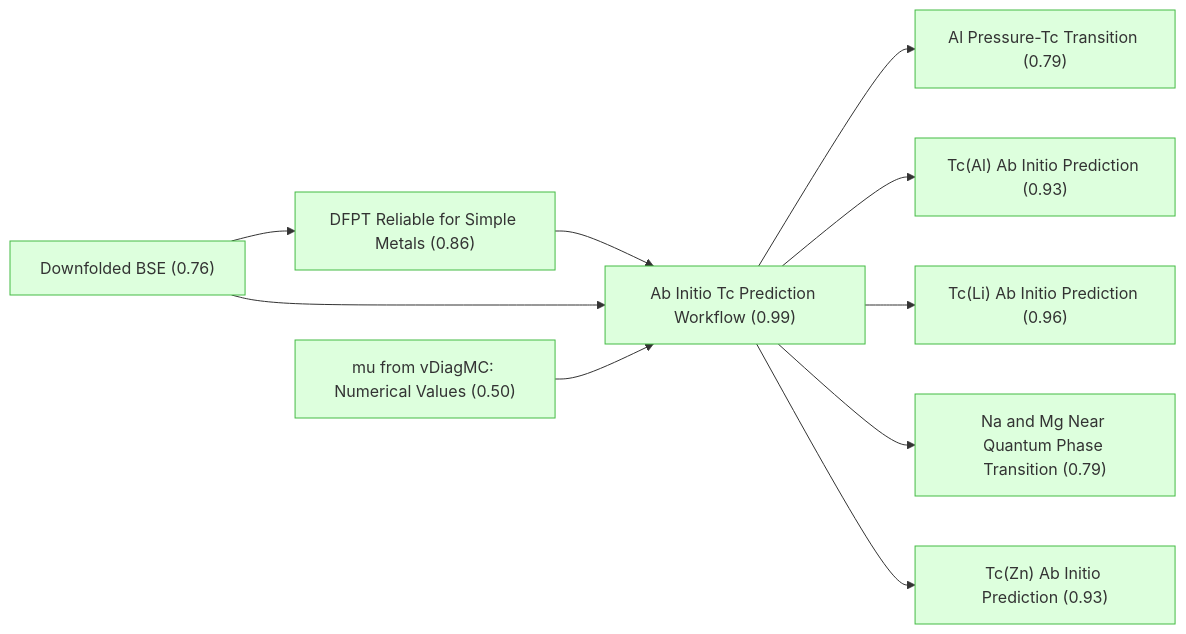
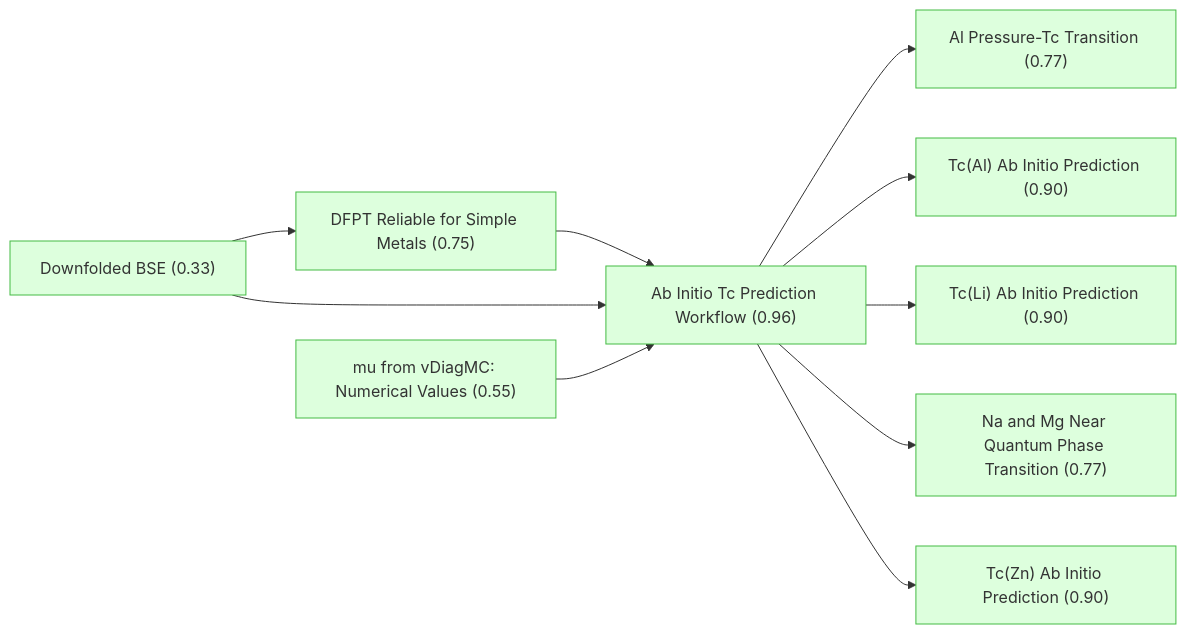
The first of 6 diagrams in docs/detailed-reasoning.md (kunyuan/SuperconductivityElectronLiquids.gaia), drawn with Mermaid before and after one commit. The commit also changed other lines of this file and 24 other files, not shown here.

````diff
--- a/docs/detailed-reasoning.md
+++ b/docs/detailed-reasoning.md
@@ -7,31 +7,31 @@
 ```mermaid
 graph LR
-    downfolded_bse["Downfolded BSE (0.76)"]:::derived
-    mu_vdiagmc_values["mu from vDiagMC: Numerical Values (0.50)"]:::derived
-    dfpt_reliable_for_simple_metals["DFPT Reliable for Simple Metals (0.86)"]:::derived
-    ab_initio_workflow["Ab Initio Tc Prediction Workflow (0.99)"]:::derived
-    tc_al_predicted["Tc(Al) Ab Initio Prediction (0.93)"]:::derived
-    tc_zn_predicted["Tc(Zn) Ab Initio Prediction (0.93)"]:::derived
-    tc_li_predicted["Tc(Li) Ab Initio Prediction (0.96)"]:::derived
-    al_pressure_transition["Al Pressure-Tc Transition (0.79)"]:::derived
-    tc_mg_na_near_qpt["Na and Mg Near Quantum Phase Transition (0.79)"]:::derived
+    downfolded_bse["Downfolded BSE (0.33)"]:::derived
+    mu_vdiagmc_values["mu from vDiagMC: Numerical Values (0.55)"]:::derived
+    dfpt_reliable_for_simple_metals["DFPT Reliable for Simple Metals (0.75)"]:::derived
+    ab_initio_workflow["Ab Initio Tc Prediction Workflow (0.96)"]:::derived
+    tc_al_predicted["Tc(Al) Ab Initio Prediction (0.90)"]:::derived
+    tc_zn_predicted["Tc(Zn) Ab Initio Prediction (0.90)"]:::derived
+    tc_li_predicted["Tc(Li) Ab Initio Prediction (0.90)"]:::derived
+    al_pressure_transition["Al Pressure-Tc Transition (0.77)"]:::derived
+    tc_mg_na_near_qpt["Na and Mg Near Quantum Phase Transition (0.77)"]:::derived
     ab_initio_workflow --> al_pressure_transition
     ab_initio_workflow --> tc_al_predicted
     ab_initio_workflow --> tc_li_predicted
     ab_initio_workflow --> tc_mg_na_near_qpt
     ab_initio_workflow --> tc_zn_predicted
     dfpt_reliable_for_simple_metals --> ab_initio_workflow
     downfolded_bse --> ab_initio_workflow
     downfolded_bse --> dfpt_reliable_for_simple_metals
     mu_vdiagmc_values --> ab_initio_workflow
 
     classDef setting fill:#f0f0f0,stroke:#999,color:#333
     classDef premise fill:#ddeeff,stroke:#4488bb,color:#333
     classDef derived fill:#ddffdd,stroke:#44bb44,color:#333
     classDef question fill:#fff3dd,stroke:#cc9944,color:#333
     classDef background fill:#f5f5f5,stroke:#bbb,stroke-dasharray: 5 5,color:#333
     classDef orphan fill:#fff,stroke:#ccc,stroke-dasharray: 5 5,color:#333
     classDef external fill:#fff,stroke:#aaa,stroke-dasharray: 3 3,color:#333
     classDef weak fill:#fff9c4,stroke:#f9a825,stroke-dasharray: 5 5,color:#333
     classDef contra fill:#ffebee,stroke:#c62828,color:#333
 ```
````
